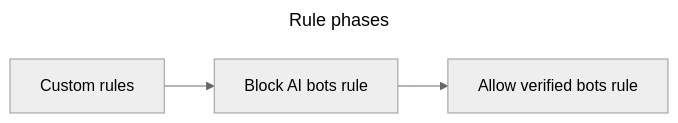
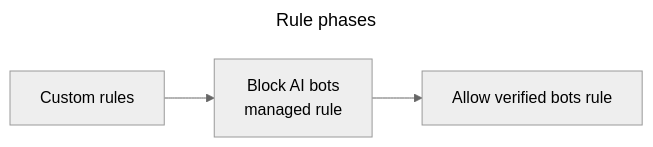
One commit to cloudflare/cloudflare-docs changed the diagram in src/content/partials/bots/ai-bots-definition.mdx. Above: the diagram before and after it, drawn with Mermaid (neutral theme). The commit also changed other lines of this file, not shown here.

Commit message:
Apply suggestions from code review

````diff
--- a/src/content/partials/bots/ai-bots-definition.mdx
+++ b/src/content/partials/bots/ai-bots-definition.mdx
@@ -22,9 +22,9 @@
 ```mermaid
 ---
 title: Rule phases
 ---
 flowchart LR
 accTitle: AI bots rule phases diagram
 accDescr: This diagram details the phases in which AI bots rules run.
-A[Custom rules] --> B[Block AI bots rule] --> C[Allow verified bots rule]
+A[Custom rules] --> B[Block AI bots<br>managed rule] --> C[Allow verified bots rule]
 ```
````
